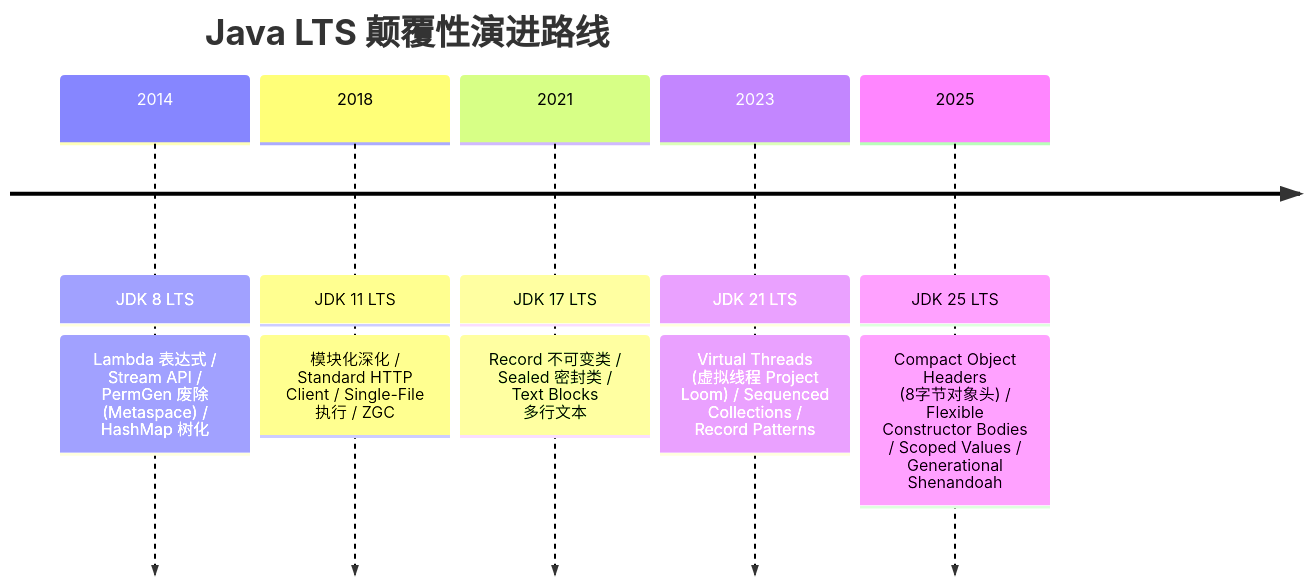
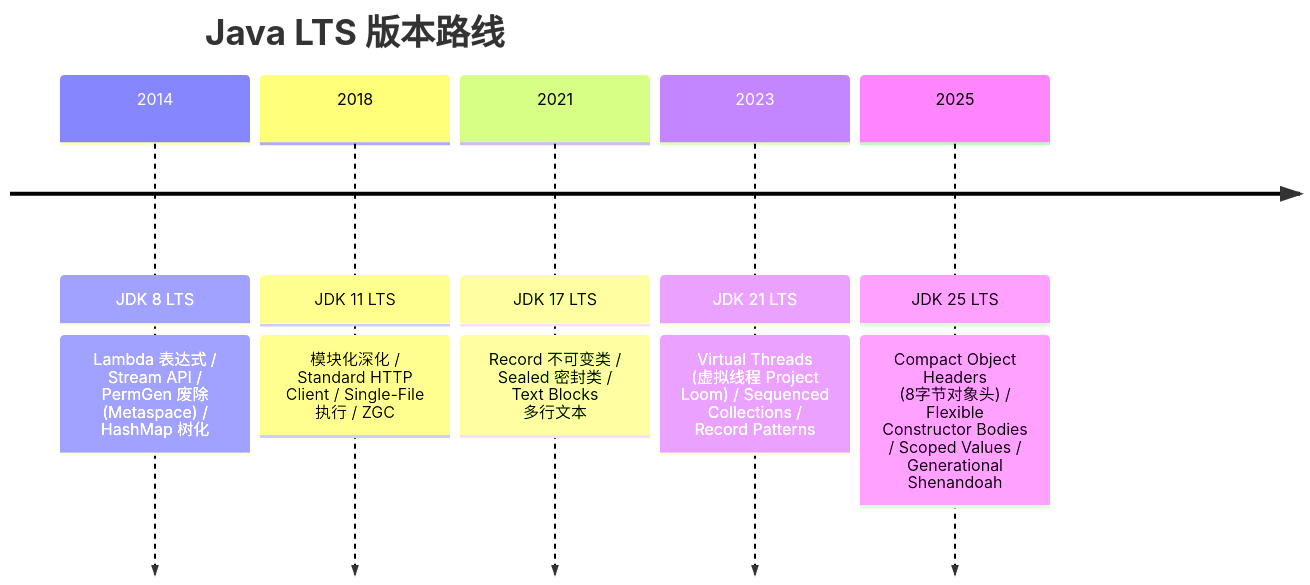
Before and after one commit to xy2401/hello-lang: the diagram in docs/languages/java/index.md, drawn with Mermaid. The commit also changed other lines of this file and 77 other files, not shown here.

````diff
--- a/docs/languages/java/index.md
+++ b/docs/languages/java/index.md
@@ -9,14 +9,14 @@
 ```mermaid
 timeline
-    title Java LTS 颠覆性演进路线
+    title Java LTS 版本路线
     2014 : JDK 8 LTS
          : Lambda 表达式 / Stream API / PermGen 废除 (Metaspace) / HashMap 树化
     2018 : JDK 11 LTS
          : 模块化深化 / Standard HTTP Client / Single-File 执行 / ZGC
     2021 : JDK 17 LTS
          : Record 不可变类 / Sealed 密封类 / Text Blocks 多行文本
     2023 : JDK 21 LTS
          : Virtual Threads (虚拟线程 Project Loom) / Sequenced Collections / Record Patterns
     2025 : JDK 25 LTS
          : Compact Object Headers (8字节对象头) / Flexible Constructor Bodies / Scoped Values / Generational Shenandoah
 ```
````
